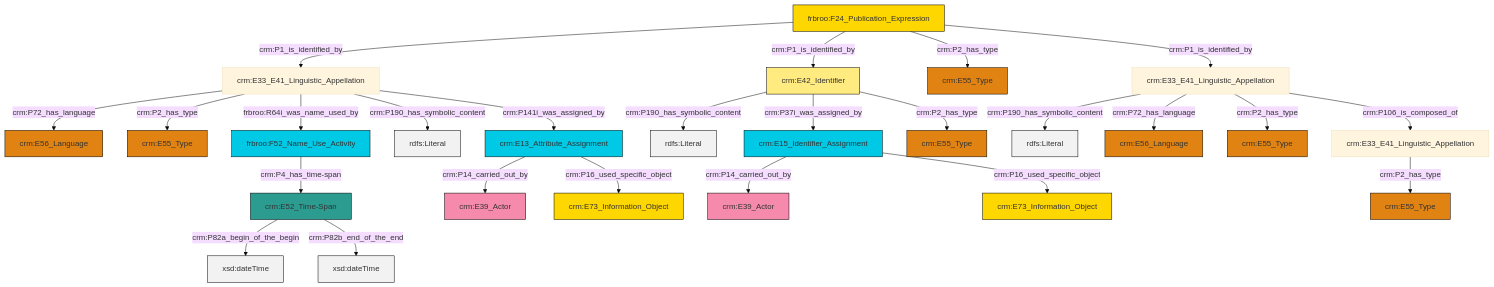
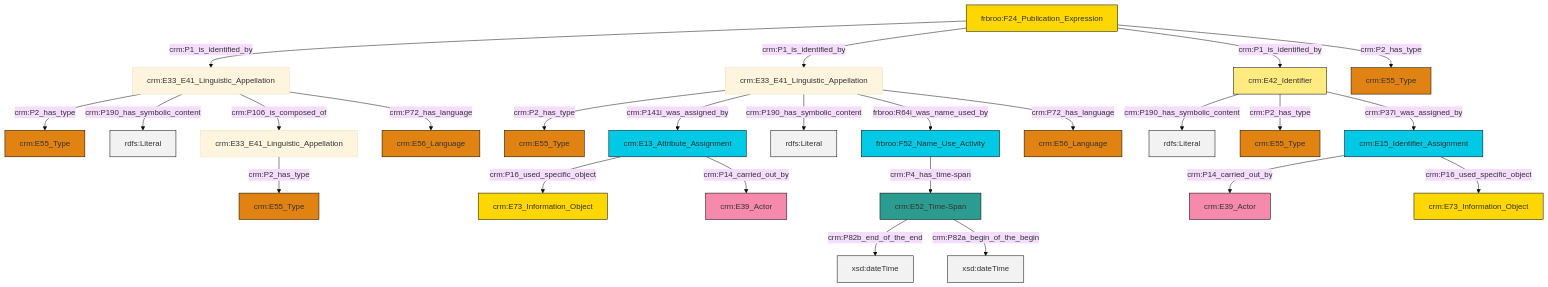
The diagram in et/biblioCSV/ttl/mmd/biblio_name.ttl.mmd (swiss-art-research-net/reference-data-models), drawn with Mermaid (base theme) before and after one commit. The commit also changed 124 other files, not shown here.

```diff
--- a/et/biblioCSV/ttl/mmd/biblio_name.ttl.mmd
+++ b/et/biblioCSV/ttl/mmd/biblio_name.ttl.mmd
@@ -1,39 +1,39 @@
 graph TD
 classDef Literal fill:#f2f2f2,stroke:#000000;
 classDef CRM_Entity fill:#FFFFFF,stroke:#000000;
 classDef Temporal_Entity fill:#00C9E6, stroke:#000000;
 classDef Type fill:#E18312, stroke:#000000;
 classDef Time-Span fill:#2C9C91, stroke:#000000;
 classDef Appellation fill:#FFEB7F, stroke:#000000;
 classDef Place fill:#008836, stroke:#000000;
 classDef Persistent_Item fill:#B266B2, stroke:#000000;
 classDef Conceptual_Object fill:#FFD700, stroke:#000000;
 classDef Physical_Thing fill:#D2B48C, stroke:#000000;
 classDef Actor fill:#f58aad, stroke:#000000;
 classDef PC_Classes fill:#4ce600, stroke:#000000;
 classDef Multi fill:#cccccc,stroke:#000000;
 
-4["crm:E15_Identifier_Assignment"]:::Temporal_Entity -->|crm:P14_carried_out_by| 5["crm:E39_Actor"]:::Actor
-4["crm:E15_Identifier_Assignment"]:::Temporal_Entity -->|crm:P16_used_specific_object| 10["crm:E73_Information_Object"]:::Conceptual_Object
-11["crm:E33_E41_Linguistic_Appellation"]:::Default -->|crm:P72_has_language| 12["crm:E56_Language"]:::Type
-13["crm:E52_Time-Span"]:::Time-Span -->|crm:P82a_begin_of_the_begin| 14[xsd:dateTime]:::Literal
-20["crm:E42_Identifier"]:::Appellation -->|crm:P190_has_symbolic_content| 21[rdfs:Literal]:::Literal
-6["crm:E13_Attribute_Assignment"]:::Temporal_Entity -->|crm:P14_carried_out_by| 0["crm:E39_Actor"]:::Actor
-11["crm:E33_E41_Linguistic_Appellation"]:::Default -->|crm:P2_has_type| 2["crm:E55_Type"]:::Type
-8["frbroo:F52_Name_Use_Activity"]:::Temporal_Entity -->|crm:P4_has_time-span| 13["crm:E52_Time-Span"]:::Time-Span
-20["crm:E42_Identifier"]:::Appellation -->|crm:P37i_was_assigned_by| 4["crm:E15_Identifier_Assignment"]:::Temporal_Entity
-25["frbroo:F24_Publication_Expression"]:::Conceptual_Object -->|crm:P1_is_identified_by| 11["crm:E33_E41_Linguistic_Appellation"]:::Default
-15["crm:E33_E41_Linguistic_Appellation"]:::Default -->|crm:P190_has_symbolic_content| 26[rdfs:Literal]:::Literal
-25["frbroo:F24_Publication_Expression"]:::Conceptual_Object -->|crm:P1_is_identified_by| 20["crm:E42_Identifier"]:::Appellation
-25["frbroo:F24_Publication_Expression"]:::Conceptual_Object -->|crm:P2_has_type| 33["crm:E55_Type"]:::Type
-15["crm:E33_E41_Linguistic_Appellation"]:::Default -->|crm:P72_has_language| 29["crm:E56_Language"]:::Type
-17["crm:E33_E41_Linguistic_Appellation"]:::Default -->|crm:P2_has_type| 22["crm:E55_Type"]:::Type
-15["crm:E33_E41_Linguistic_Appellation"]:::Default -->|crm:P2_has_type| 27["crm:E55_Type"]:::Type
-13["crm:E52_Time-Span"]:::Time-Span -->|crm:P82b_end_of_the_end| 36[xsd:dateTime]:::Literal
-11["crm:E33_E41_Linguistic_Appellation"]:::Default -->|frbroo:R64i_was_name_used_by| 8["frbroo:F52_Name_Use_Activity"]:::Temporal_Entity
-15["crm:E33_E41_Linguistic_Appellation"]:::Default -->|crm:P106_is_composed_of| 17["crm:E33_E41_Linguistic_Appellation"]:::Default
-6["crm:E13_Attribute_Assignment"]:::Temporal_Entity -->|crm:P16_used_specific_object| 39["crm:E73_Information_Object"]:::Conceptual_Object
-20["crm:E42_Identifier"]:::Appellation -->|crm:P2_has_type| 31["crm:E55_Type"]:::Type
-25["frbroo:F24_Publication_Expression"]:::Conceptual_Object -->|crm:P1_is_identified_by| 15["crm:E33_E41_Linguistic_Appellation"]:::Default
-11["crm:E33_E41_Linguistic_Appellation"]:::Default -->|crm:P190_has_symbolic_content| 45[rdfs:Literal]:::Literal
-11["crm:E33_E41_Linguistic_Appellation"]:::Default -->|crm:P141i_was_assigned_by| 6["crm:E13_Attribute_Assignment"]:::Temporal_Entity
+0["crm:E33_E41_Linguistic_Appellation"]:::Default -->|crm:P2_has_type| 1["crm:E55_Type"]:::Type
+0["crm:E33_E41_Linguistic_Appellation"]:::Default -->|crm:P141i_was_assigned_by| 4["crm:E13_Attribute_Assignment"]:::Temporal_Entity
+11["frbroo:F24_Publication_Expression"]:::Conceptual_Object -->|crm:P1_is_identified_by| 5["crm:E33_E41_Linguistic_Appellation"]:::Default
+12["crm:E33_E41_Linguistic_Appellation"]:::Default -->|crm:P2_has_type| 13["crm:E55_Type"]:::Type
+4["crm:E13_Attribute_Assignment"]:::Temporal_Entity -->|crm:P16_used_specific_object| 14["crm:E73_Information_Object"]:::Conceptual_Object
+5["crm:E33_E41_Linguistic_Appellation"]:::Default -->|crm:P2_has_type| 17["crm:E55_Type"]:::Type
+5["crm:E33_E41_Linguistic_Appellation"]:::Default -->|crm:P190_has_symbolic_content| 20[rdfs:Literal]:::Literal
+11["frbroo:F24_Publication_Expression"]:::Conceptual_Object -->|crm:P1_is_identified_by| 0["crm:E33_E41_Linguistic_Appellation"]:::Default
+5["crm:E33_E41_Linguistic_Appellation"]:::Default -->|crm:P106_is_composed_of| 12["crm:E33_E41_Linguistic_Appellation"]:::Default
+18["crm:E52_Time-Span"]:::Time-Span -->|crm:P82b_end_of_the_end| 25[xsd:dateTime]:::Literal
+0["crm:E33_E41_Linguistic_Appellation"]:::Default -->|crm:P190_has_symbolic_content| 31[rdfs:Literal]:::Literal
+5["crm:E33_E41_Linguistic_Appellation"]:::Default -->|crm:P72_has_language| 23["crm:E56_Language"]:::Type
+27["frbroo:F52_Name_Use_Activity"]:::Temporal_Entity -->|crm:P4_has_time-span| 18["crm:E52_Time-Span"]:::Time-Span
+11["frbroo:F24_Publication_Expression"]:::Conceptual_Object -->|crm:P1_is_identified_by| 21["crm:E42_Identifier"]:::Appellation
+0["crm:E33_E41_Linguistic_Appellation"]:::Default -->|frbroo:R64i_was_name_used_by| 27["frbroo:F52_Name_Use_Activity"]:::Temporal_Entity
+21["crm:E42_Identifier"]:::Appellation -->|crm:P190_has_symbolic_content| 42[rdfs:Literal]:::Literal
+11["frbroo:F24_Publication_Expression"]:::Conceptual_Object -->|crm:P2_has_type| 9["crm:E55_Type"]:::Type
+4["crm:E13_Attribute_Assignment"]:::Temporal_Entity -->|crm:P14_carried_out_by| 2["crm:E39_Actor"]:::Actor
+34["crm:E15_Identifier_Assignment"]:::Temporal_Entity -->|crm:P14_carried_out_by| 37["crm:E39_Actor"]:::Actor
+21["crm:E42_Identifier"]:::Appellation -->|crm:P2_has_type| 40["crm:E55_Type"]:::Type
+21["crm:E42_Identifier"]:::Appellation -->|crm:P37i_was_assigned_by| 34["crm:E15_Identifier_Assignment"]:::Temporal_Entity
+18["crm:E52_Time-Span"]:::Time-Span -->|crm:P82a_begin_of_the_begin| 46[xsd:dateTime]:::Literal
+34["crm:E15_Identifier_Assignment"]:::Temporal_Entity -->|crm:P16_used_specific_object| 32["crm:E73_Information_Object"]:::Conceptual_Object
+0["crm:E33_E41_Linguistic_Appellation"]:::Default -->|crm:P72_has_language| 7["crm:E56_Language"]:::Type
```
